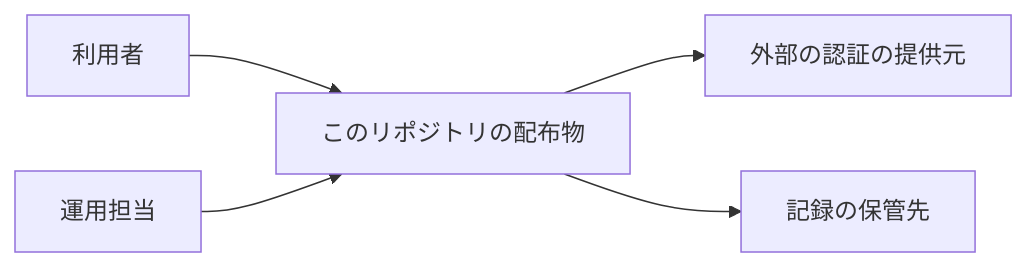
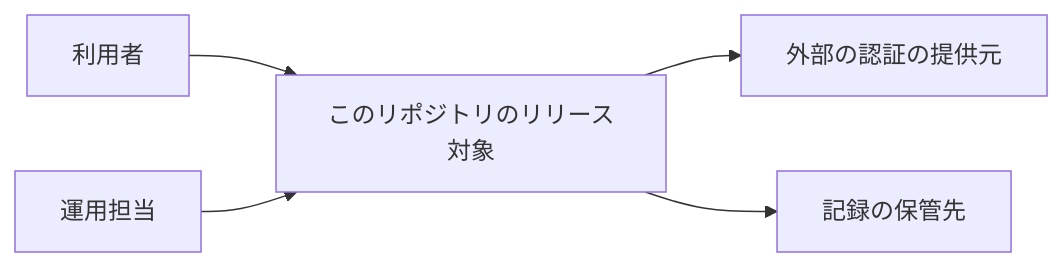
One commit to devbasex/ai-plugins changed the first of 3 diagrams in plugins/ndf/skills/design/references/system-architecture.md. Above: the diagram before and after it, drawn with Mermaid. The commit also changed 107 other files, not shown here.

````diff
--- a/plugins/ndf/skills/design/references/system-architecture.md
+++ b/plugins/ndf/skills/design/references/system-architecture.md
@@ -24,7 +24,7 @@
 ```mermaid
 graph LR
-    利用者 --> 本体[このリポジトリの配布物]
+    利用者 --> 本体[このリポジトリのリリース対象]
     本体 --> 認証[外部の認証の提供元]
     本体 --> 保管[記録の保管先]
     運用担当 --> 本体
 ```
````
